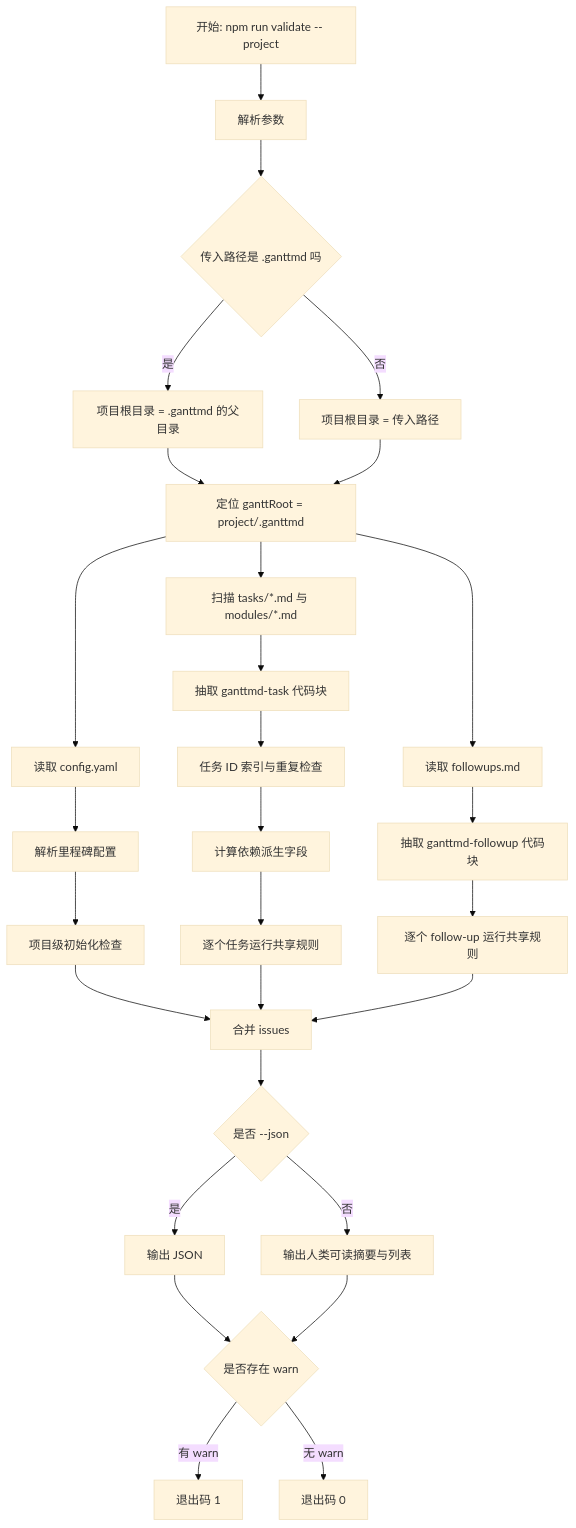
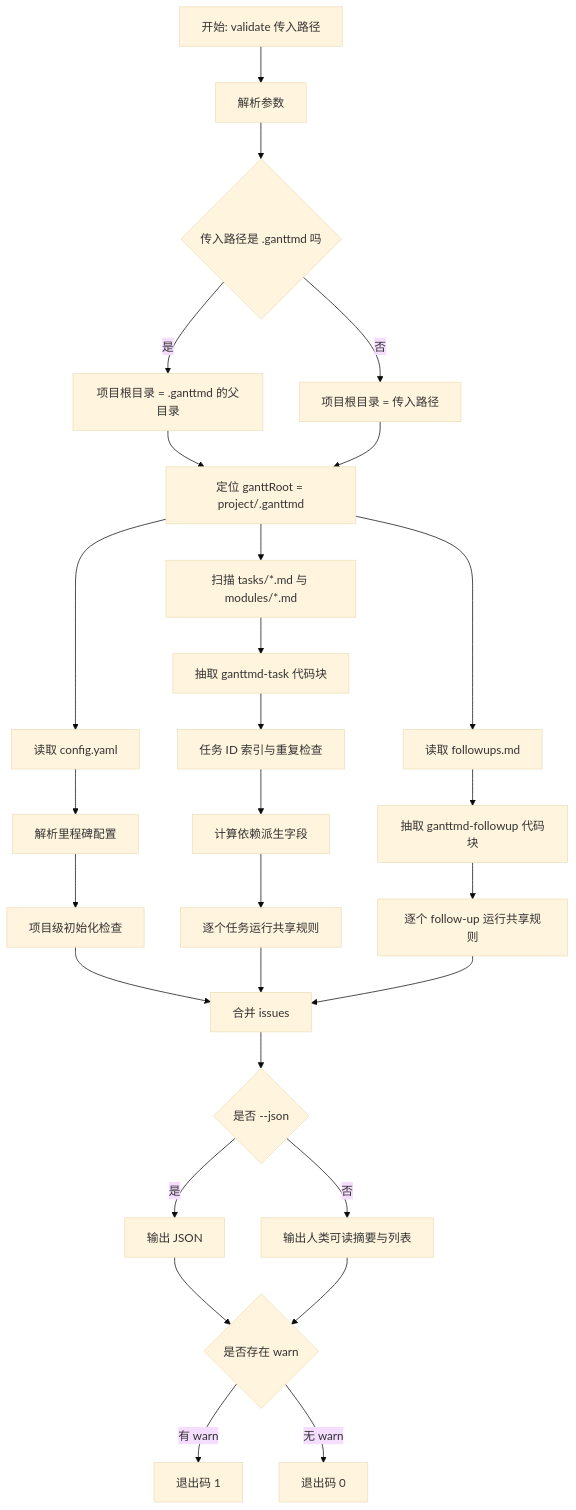
One commit to GengDaPeng/GanttMD changed the first of 2 diagrams in docs/校验脚本检查流程图.md. Above: the diagram before and after it, drawn with Mermaid (base theme). The commit also changed other lines of this file and 5 other files, not shown here.

````diff
--- a/docs/校验脚本检查流程图.md
+++ b/docs/校验脚本检查流程图.md
@@ -27,35 +35,35 @@
 ```mermaid
 flowchart TD
-  A[开始: npm run validate -- project] --> B[解析参数]
+  A[开始: validate 传入路径] --> B[解析参数]
   B --> C{传入路径是 .ganttmd 吗}
   C -- 是 --> D[项目根目录 = .ganttmd 的父目录]
   C -- 否 --> E[项目根目录 = 传入路径]
   D --> F[定位 ganttRoot]
   E --> F[定位 ganttRoot = project/.ganttmd]
 
   F --> G[读取 config.yaml]
   F --> H[扫描 tasks/*.md 与 modules/*.md]
   F --> I[读取 followups.md]
 
   G --> J[解析里程碑配置]
   H --> K[抽取 ganttmd-task 代码块]
   I --> L[抽取 ganttmd-followup 代码块]
 
   J --> M[项目级初始化检查]
   K --> N[任务 ID 索引与重复检查]
   N --> O[计算依赖派生字段]
   O --> P[逐个任务运行共享规则]
   L --> Q[逐个 follow-up 运行共享规则]
 
   M --> R[合并 issues]
   P --> R
   Q --> R
 
   R --> S{是否 --json}
   S -- 是 --> T[输出 JSON]
   S -- 否 --> U[输出人类可读摘要与列表]
   T --> V{是否存在 warn}
   U --> V
   V -- 有 warn --> W[退出码 1]
   V -- 无 warn --> X[退出码 0]
 ```
````
